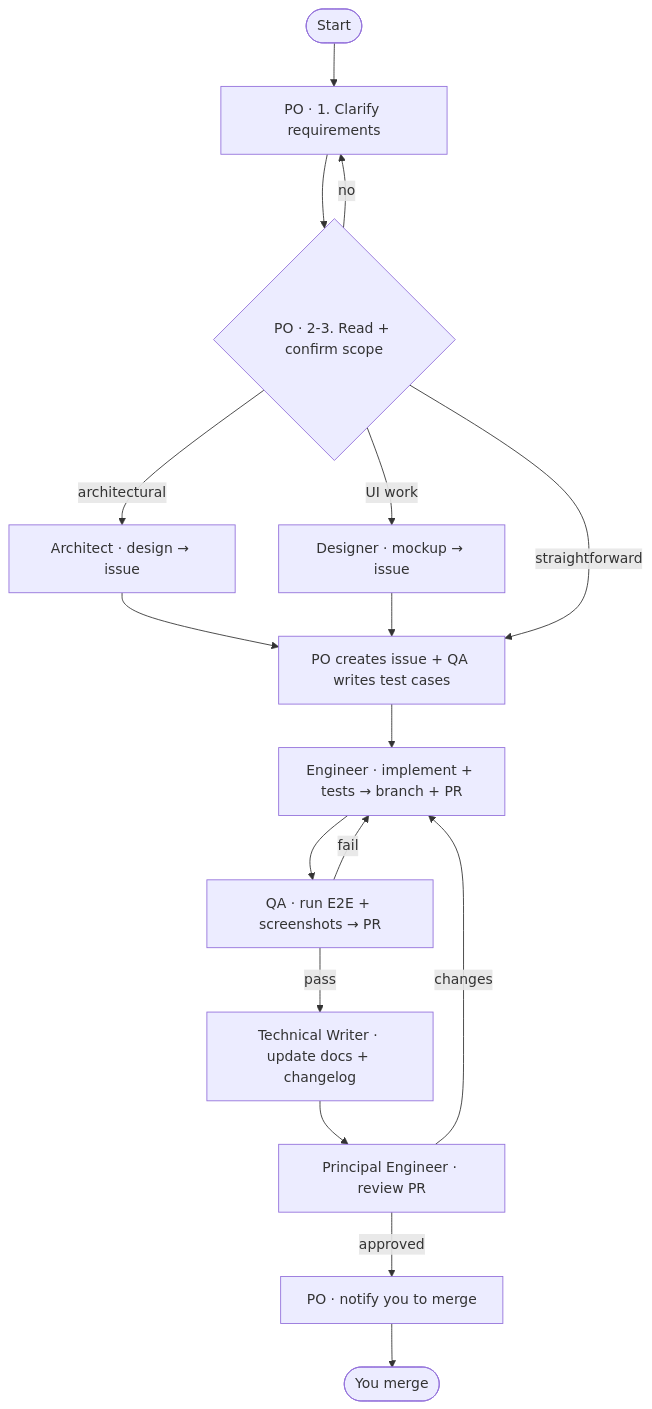
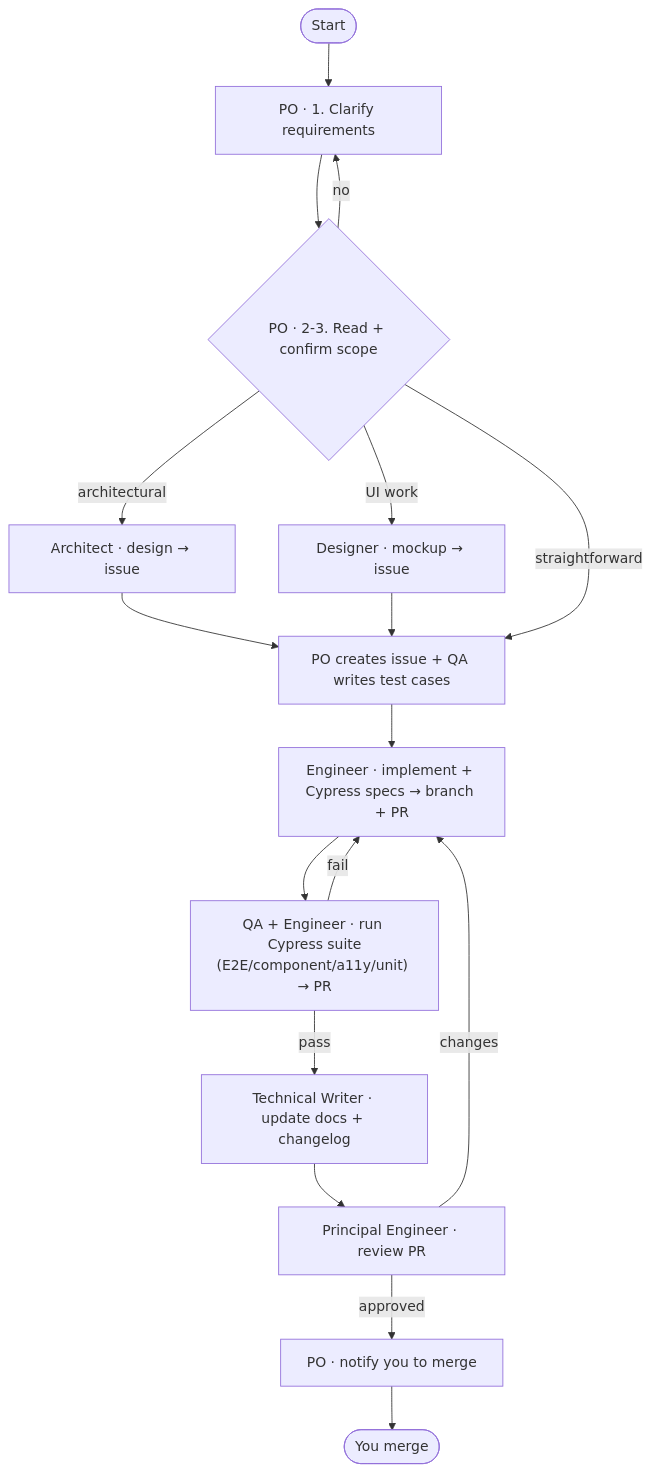
One commit to nattaponra/skills changed the diagram in README.md. Above: the diagram before and after it, drawn with Mermaid. The commit also changed other lines of this file and 4 other files, not shown here.

````diff
--- a/README.md
+++ b/README.md
@@ -42,19 +42,19 @@
 ```mermaid
 flowchart TD
     Start([Start]) --> Clarify["PO · 1. Clarify requirements"]
     Clarify --> Confirm{PO · 2-3. Read + confirm scope}
     Confirm -->|no| Clarify
     Confirm -->|architectural| Architect["Architect · design → issue"]
     Confirm -->|UI work| Designer["Designer · mockup → issue"]
     Architect --> Issue["PO creates issue + QA writes test cases"]
     Designer --> Issue
     Confirm -->|straightforward| Issue
-    Issue --> Dev["Engineer · implement + tests → branch + PR"]
-    Dev --> E2E["QA · run E2E + screenshots → PR"]
+    Issue --> Dev["Engineer · implement + Cypress specs → branch + PR"]
+    Dev --> E2E["QA + Engineer · run Cypress suite<br/>(E2E/component/a11y/unit) → PR"]
     E2E -->|fail| Dev
     E2E -->|pass| Docs["Technical Writer · update docs + changelog"]
     Docs --> Review["Principal Engineer · review PR"]
     Review -->|changes| Dev
     Review -->|approved| Notify["PO · notify you to merge"]
     Notify --> Done([You merge])
 ```
````
